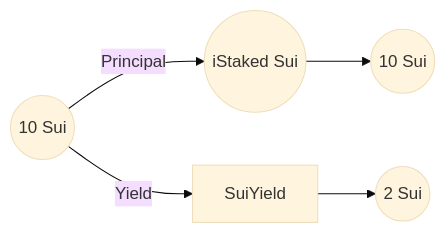
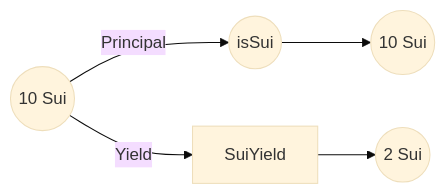
One commit to interest-protocol/interest-lst changed the second of 4 diagrams in README.md. Above: the diagram before and after it, drawn with Mermaid (base theme).

Commit message:
fix: ssui symbol

````diff
--- a/README.md
+++ b/README.md
@@ -45,7 +45,7 @@
 ```mermaid
 graph LR
-A((10 Sui)) -- Principal --> B((iStaked Sui))
+A((10 Sui)) -- Principal --> B((isSui))
 A -- Yield --> C[SuiYield]
 B --> D((10 Sui))
 C --> E((2 Sui))
 ```
````
